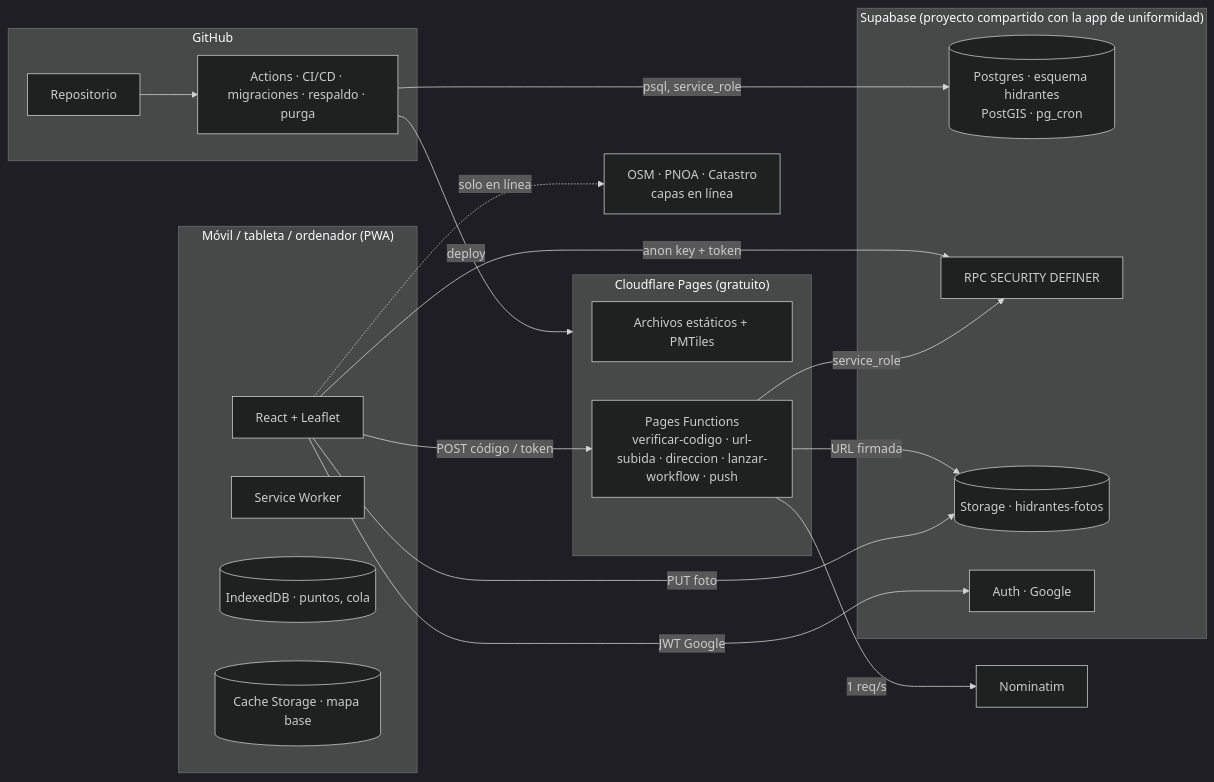
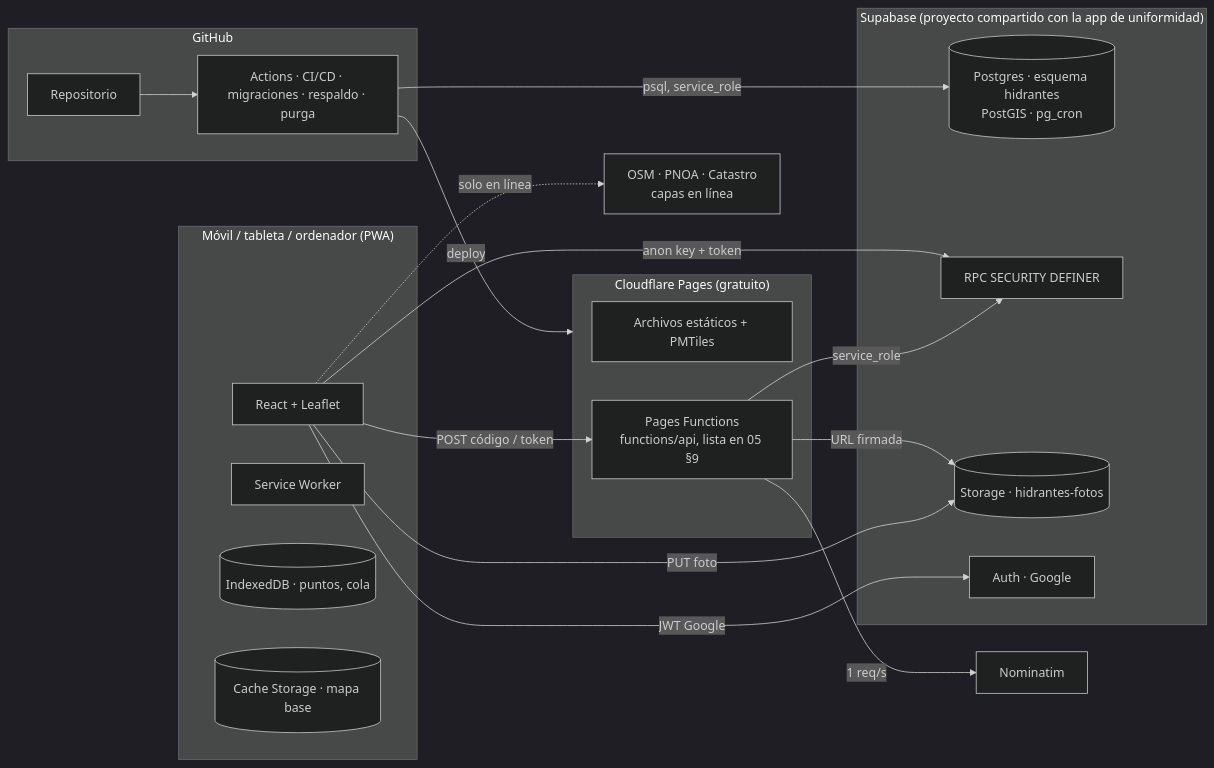
One commit to aron285-coder/hidrantes-albolote changed the first of 3 diagrams in docs/04-arquitectura-e-infraestructura.md. Above: the diagram before and after it, drawn with Mermaid (dark theme). The commit also changed other lines of this file and 12 other files, not shown here.

````diff
--- a/docs/04-arquitectura-e-infraestructura.md
+++ b/docs/04-arquitectura-e-infraestructura.md
@@ -16,37 +16,37 @@
 ```mermaid
 flowchart LR
   subgraph movil["Móvil / tableta / ordenador (PWA)"]
     UI[React + Leaflet]
     SW[Service Worker]
     IDB[(IndexedDB · puntos, cola)]
     CS[(Cache Storage · mapa base)]
   end
   subgraph cf["Cloudflare Pages (gratuito)"]
     EST[Archivos estáticos + PMTiles]
-    PF[Pages Functions<br/>verificar-codigo · url-subida · direccion · lanzar-workflow · push]
+    PF[Pages Functions<br/>functions/api, lista en 05 §9]
   end
   subgraph sb["Supabase (proyecto compartido con la app de uniformidad)"]
     PG[(Postgres · esquema hidrantes<br/>PostGIS · pg_cron)]
     RPC[RPC SECURITY DEFINER]
     ST[(Storage · hidrantes-fotos)]
     AU[Auth · Google]
   end
   subgraph gh["GitHub"]
     REPO[Repositorio]
     CI[Actions · CI/CD · migraciones · respaldo · purga]
   end
   EXT1[Nominatim]
   EXT2[OSM · PNOA · Catastro<br/>capas en línea]
 
   UI -- anon key + token --> RPC
   UI -- JWT Google --> AU
   UI -- POST código / token --> PF
   PF -- service_role --> RPC
   PF -- URL firmada --> ST
   UI -- PUT foto --> ST
   PF -- 1 req/s --> EXT1
   UI -. solo en línea .-> EXT2
   CI -- psql, service_role --> PG
   CI -- deploy --> cf
   REPO --> CI
 ```
````
